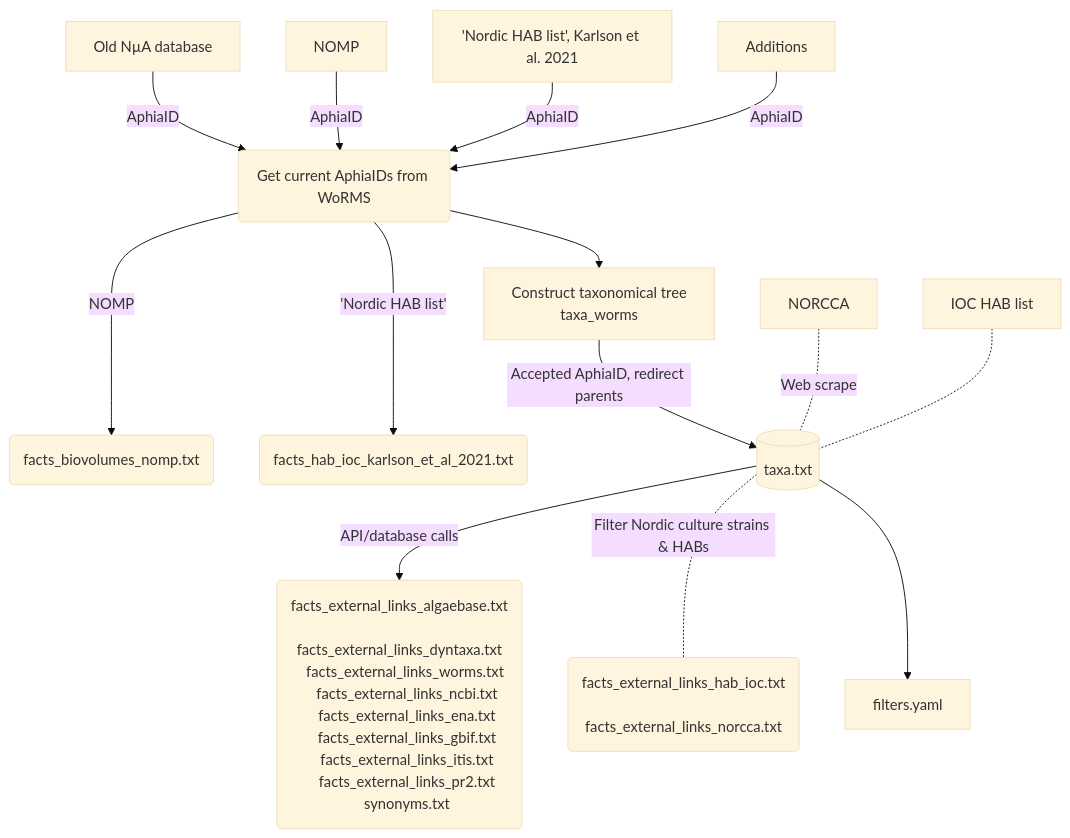
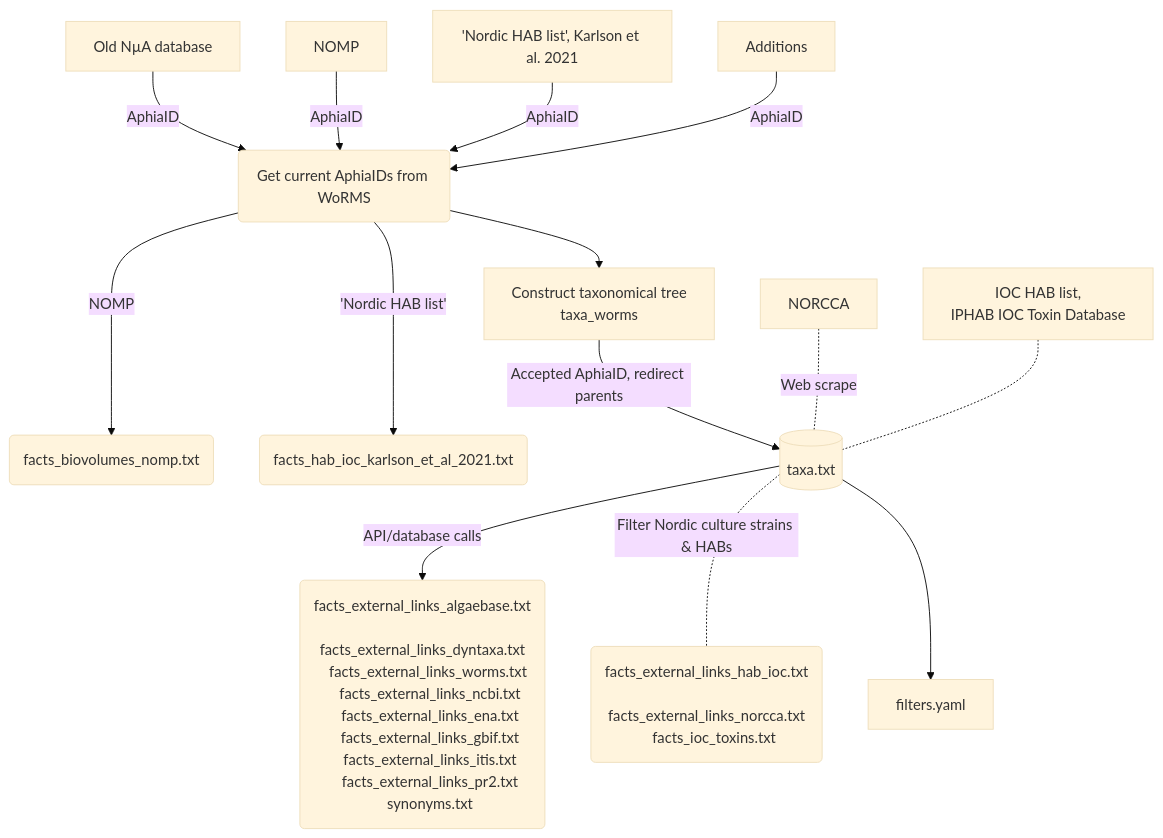
Before and after one commit to nordicmicroalgae/pipeline: the diagram in README.md, drawn with Mermaid (base theme). The commit also changed other lines of this file, not shown here.

Commit message:
add IOC toxins to database

````diff
--- a/README.md
+++ b/README.md
@@ -44,25 +45,27 @@
 ```mermaid
 flowchart TD
     A[Old NµA database] -->|AphiaID| E(Get current AphiaIDs from WoRMS)
     B[NOMP] -->|AphiaID| E(Get current AphiaIDs from WoRMS)
     C['Nordic HAB list', Karlson et al. 2021] -->|AphiaID| E(Get current AphiaIDs from WoRMS)
     D[Additions] -->|AphiaID| E(Get current AphiaIDs from WoRMS)
     E --> F[Construct taxonomical tree
     taxa_worms]
     E --->|NOMP| G(facts_biovolumes_nomp.txt)
     E --->|'Nordic HAB list'| Q(facts_hab_ioc_karlson_et_al_2021.txt)
     F --> |Accepted AphiaID, redirect parents|H[(taxa.txt)]
     H --> |API/database calls| K(facts_external_links_algaebase.txt
     facts_external_links_dyntaxa.txt
     facts_external_links_worms.txt 
     facts_external_links_ncbi.txt
     facts_external_links_ena.txt
     facts_external_links_gbif.txt
     facts_external_links_itis.txt
     facts_external_links_pr2.txt
     synonyms.txt )
     I[NORCCA] -.-|Web scrape| H -.-|Filter Nordic culture strains & HABs|J(facts_external_links_hab_ioc.txt
-    facts_external_links_norcca.txt)
-    L[IOC HAB list] -.- H
+    facts_external_links_norcca.txt
+    facts_ioc_toxins.txt)
+    L[IOC HAB list,
+    IPHAB IOC Toxin Database] -.- H
     H --> M[filters.yaml]
 ```
````
